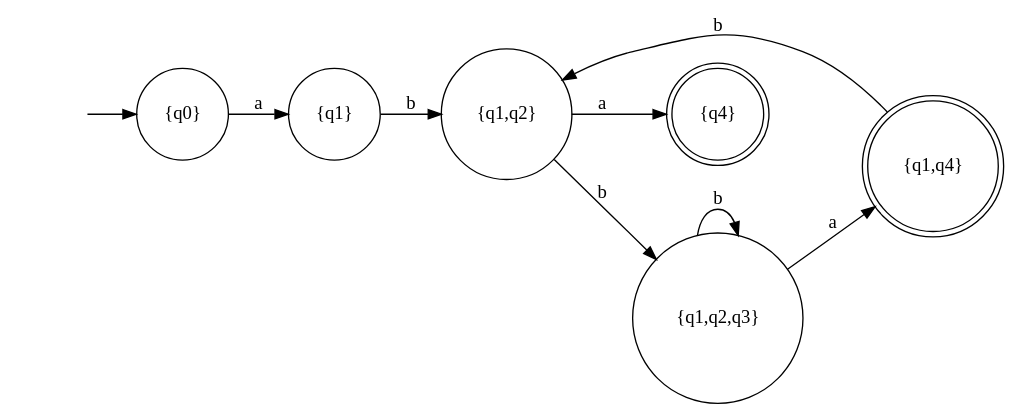
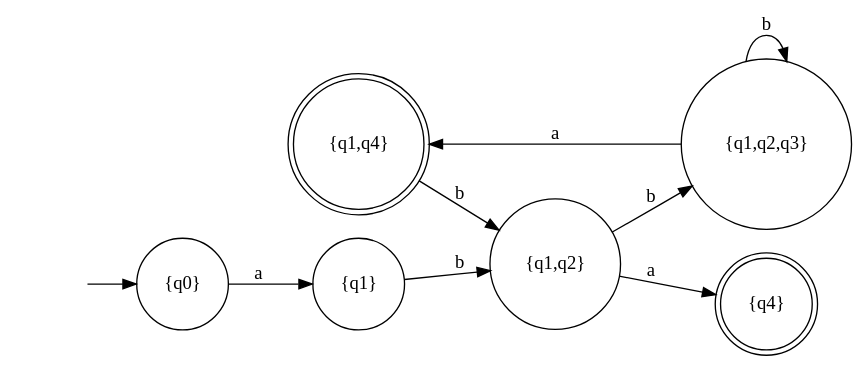
The diagram in lab2/variant6_dfa.dot (ilyyshub/DSLabs), drawn with Graphviz before and after one commit. The commit also changed 2 other files, not shown here.

```diff
--- a/lab2/variant6_dfa.dot
+++ b/lab2/variant6_dfa.dot
@@ -1,15 +1,15 @@
 digraph FiniteAutomaton {
     rankdir=LR;
     node [shape = circle];
-    node [shape = doublecircle]; "{q4}" "{q1,q4}";
+    node [shape = doublecircle]; "{q1,q4}" "{q4}";
     node [shape = circle];
     "" [shape=none];
     "" -> "{q0}";
     "{q0}" -> "{q1}" [label="a"];
     "{q1,q2,q3}" -> "{q1,q4}" [label="a"];
     "{q1,q2,q3}" -> "{q1,q2,q3}" [label="b"];
     "{q1,q2}" -> "{q4}" [label="a"];
     "{q1,q2}" -> "{q1,q2,q3}" [label="b"];
     "{q1,q4}" -> "{q1,q2}" [label="b"];
     "{q1}" -> "{q1,q2}" [label="b"];
 }
```
